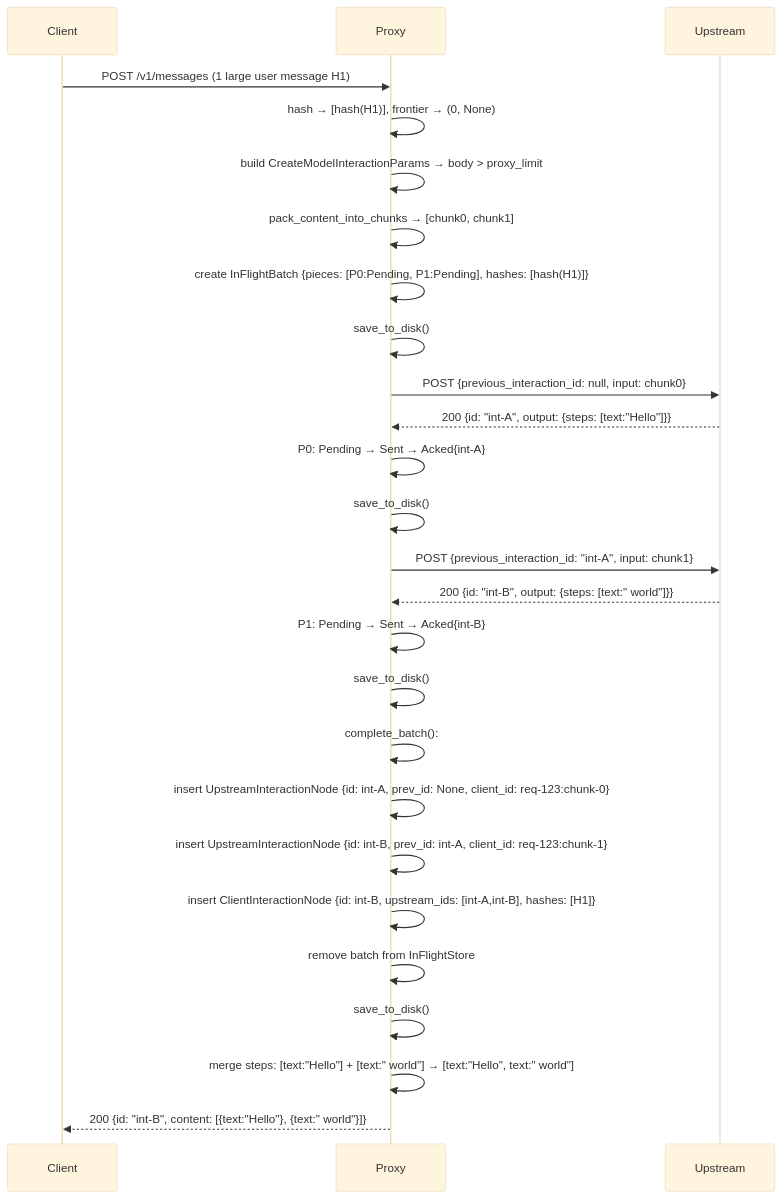
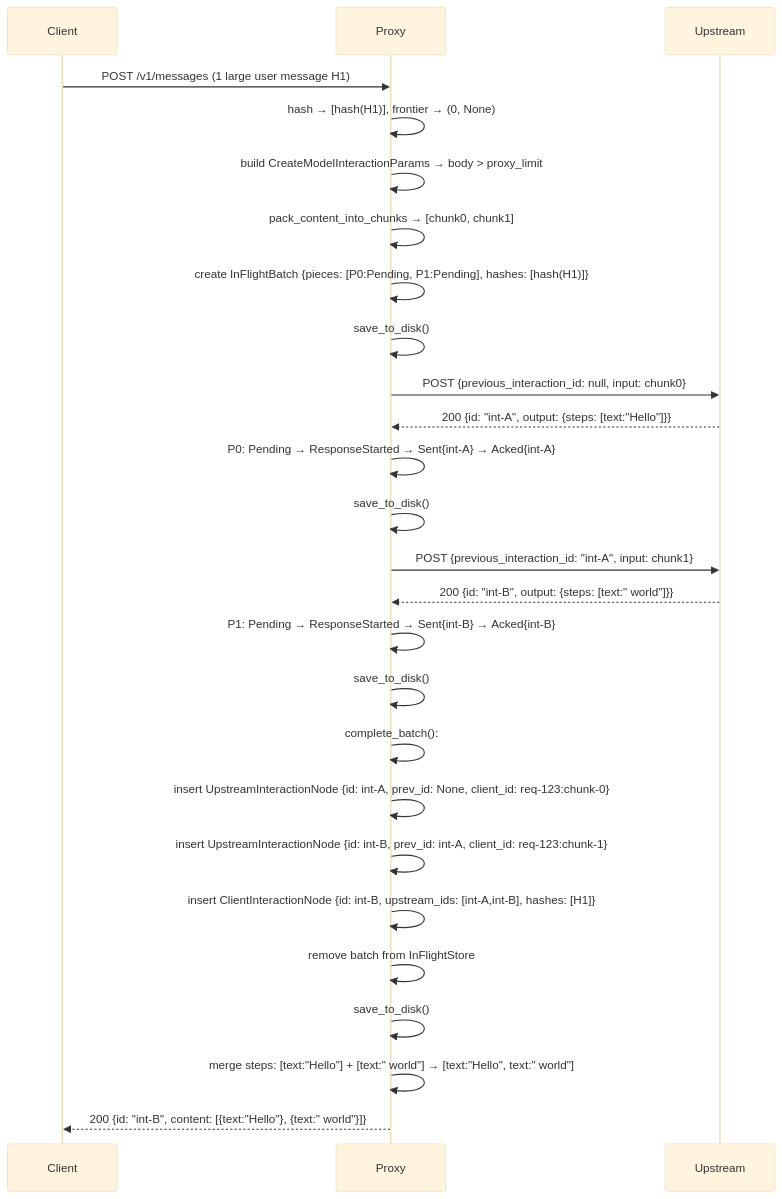
One commit to alexvas/inf-splitter changed the sixth of 12 diagrams in openspec/changes/redesign-session-state-model/specs/protocol-conversion_delta.md. Above: the diagram before and after it, drawn with Mermaid (base theme). The commit also changed other lines of this file and 4 other files, not shown here.

````diff
--- a/openspec/changes/redesign-session-state-model/specs/protocol-conversion_delta.md
+++ b/openspec/changes/redesign-session-state-model/specs/protocol-conversion_delta.md
@@ -307,33 +325,33 @@
 ```mermaid
 sequenceDiagram
     participant Client
     participant Proxy
     participant Upstream
 
     Client->>Proxy: POST /v1/messages (1 large user message H1)
     Proxy->>Proxy: hash → [hash(H1)], frontier → (0, None)
     Proxy->>Proxy: build CreateModelInteractionParams → body > proxy_limit
     Proxy->>Proxy: pack_content_into_chunks → [chunk0, chunk1]
     Proxy->>Proxy: create InFlightBatch {pieces: [P0:Pending, P1:Pending], hashes: [hash(H1)]}
     Proxy->>Proxy: save_to_disk()
 
     Proxy->>Upstream: POST {previous_interaction_id: null, input: chunk0}
     Upstream-->>Proxy: 200 {id: "int-A", output: {steps: [text:"Hello"]}}
-    Proxy->>Proxy: P0: Pending → Sent → Acked{int-A}
+    Proxy->>Proxy: P0: Pending → ResponseStarted → Sent{int-A} → Acked{int-A}
     Proxy->>Proxy: save_to_disk()
 
     Proxy->>Upstream: POST {previous_interaction_id: "int-A", input: chunk1}
     Upstream-->>Proxy: 200 {id: "int-B", output: {steps: [text:" world"]}}
-    Proxy->>Proxy: P1: Pending → Sent → Acked{int-B}
+    Proxy->>Proxy: P1: Pending → ResponseStarted → Sent{int-B} → Acked{int-B}
     Proxy->>Proxy: save_to_disk()
 
     Proxy->>Proxy: complete_batch():
     Proxy->>Proxy:   insert UpstreamInteractionNode {id: int-A, prev_id: None, client_id: req-123:chunk-0}
     Proxy->>Proxy:   insert UpstreamInteractionNode {id: int-B, prev_id: int-A, client_id: req-123:chunk-1}
     Proxy->>Proxy:   insert ClientInteractionNode {id: int-B, upstream_ids: [int-A,int-B], hashes: [H1]}
     Proxy->>Proxy:   remove batch from InFlightStore
     Proxy->>Proxy: save_to_disk()
 
     Proxy->>Proxy: merge steps: [text:"Hello"] + [text:" world"] → [text:"Hello", text:" world"]
     Proxy-->>Client: 200 {id: "int-B", content: [{text:"Hello"}, {text:" world"}]}
 ```
````
